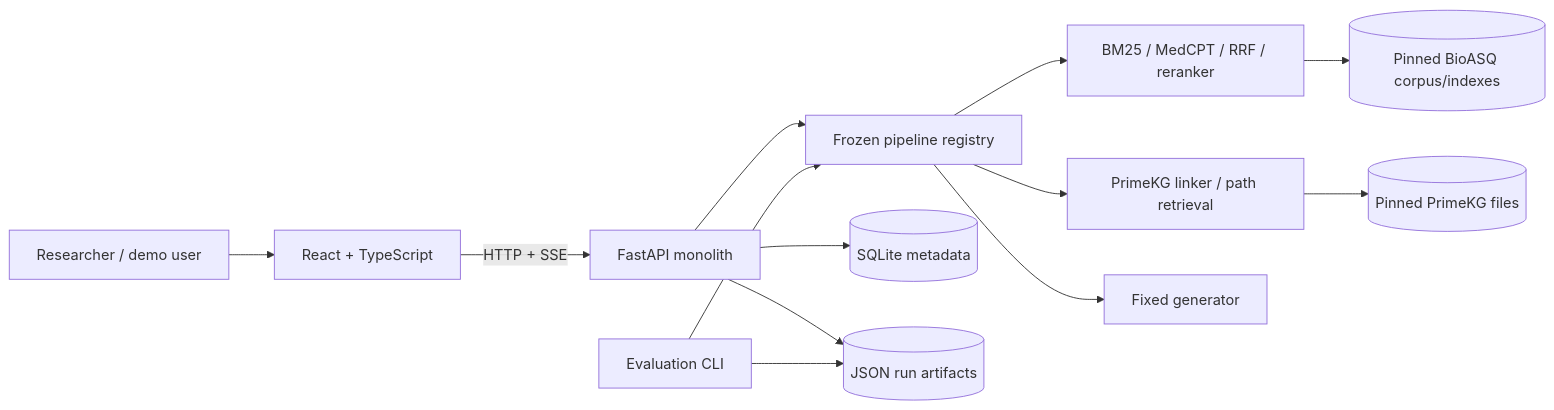
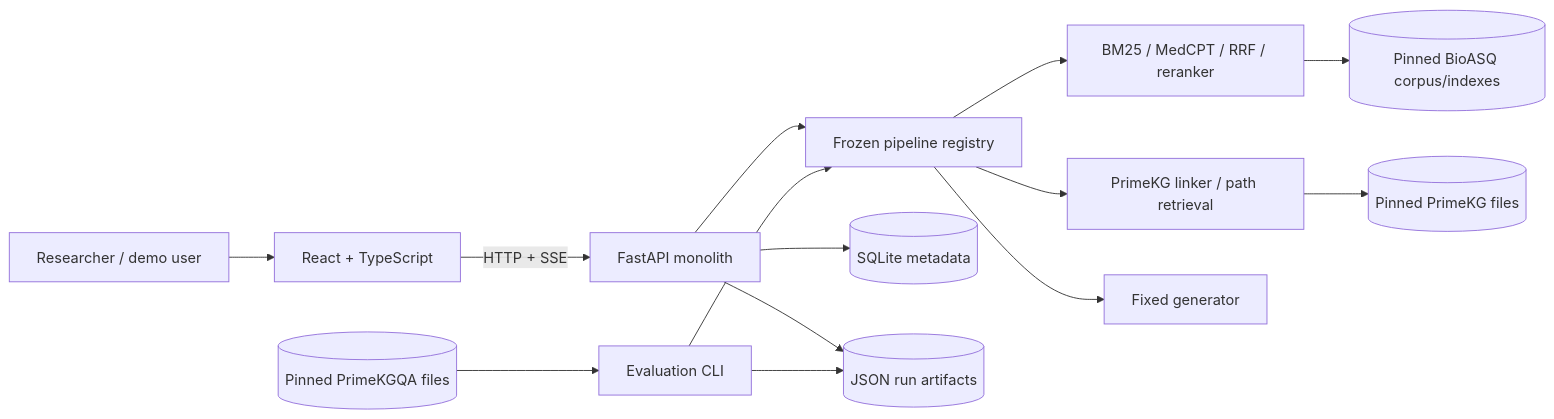
The first of 2 diagrams in docs/ARCHITECTURE.md (hungle123-dev/MedicalRag), drawn with Mermaid before and after one commit. The commit also changed other lines of this file and 105 other files, not shown here.

Commit message:
feat: build real-data medical text and graph RAG

````diff
--- a/docs/ARCHITECTURE.md
+++ b/docs/ARCHITECTURE.md
@@ -14,15 +14,16 @@
 ```mermaid
 flowchart LR
   U[Researcher / demo user] --> FE[React + TypeScript]
   FE -->|HTTP + SSE| API[FastAPI monolith]
   API --> REG[Frozen pipeline registry]
   REG --> TEXT[BM25 / MedCPT / RRF / reranker]
   REG --> GRAPH[PrimeKG linker / path retrieval]
   REG --> GEN[Fixed generator]
   TEXT --> CORPUS[(Pinned BioASQ corpus/indexes)]
   GRAPH --> KG[(Pinned PrimeKG files)]
+  KGQA[(Pinned PrimeKGQA files)] --> EVAL[Evaluation CLI]
   API --> DB[(SQLite metadata)]
   API --> ART[(JSON run artifacts)]
-  EVAL[Evaluation CLI] --> REG
+  EVAL --> REG
   EVAL --> ART
 ```
````
